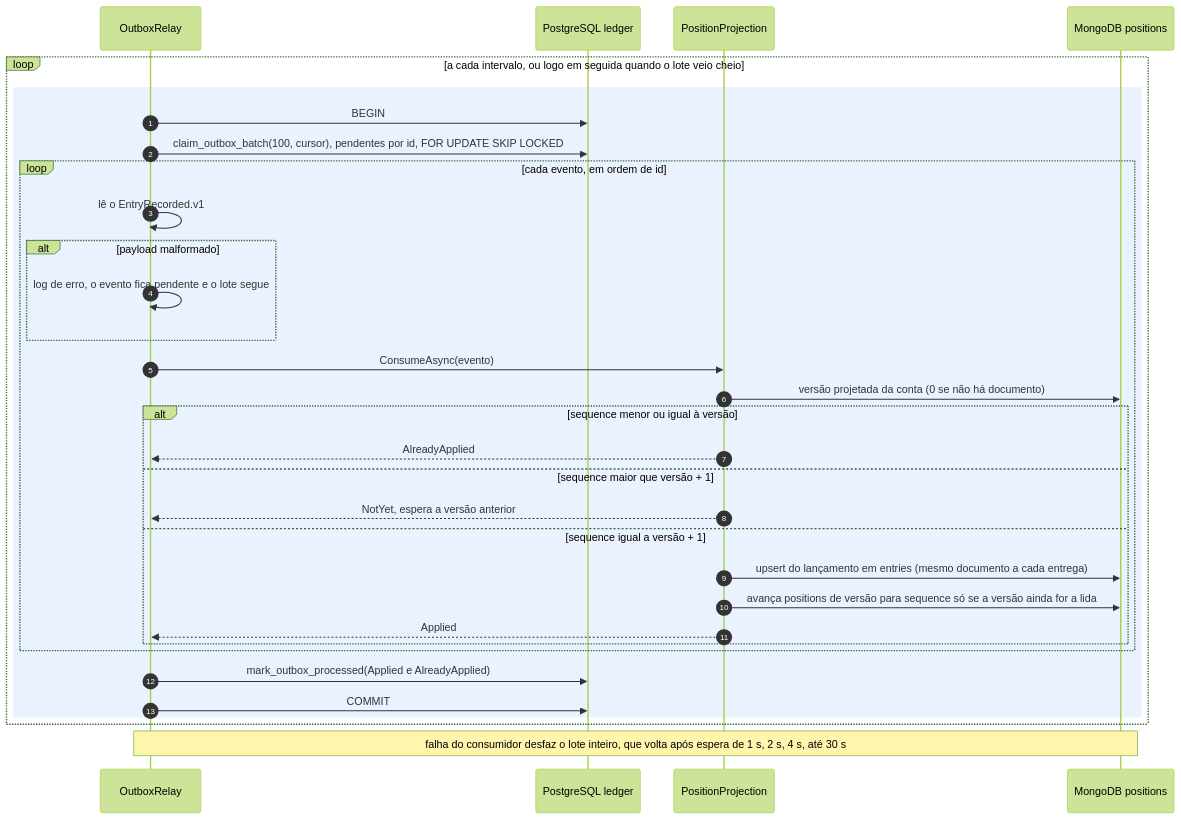
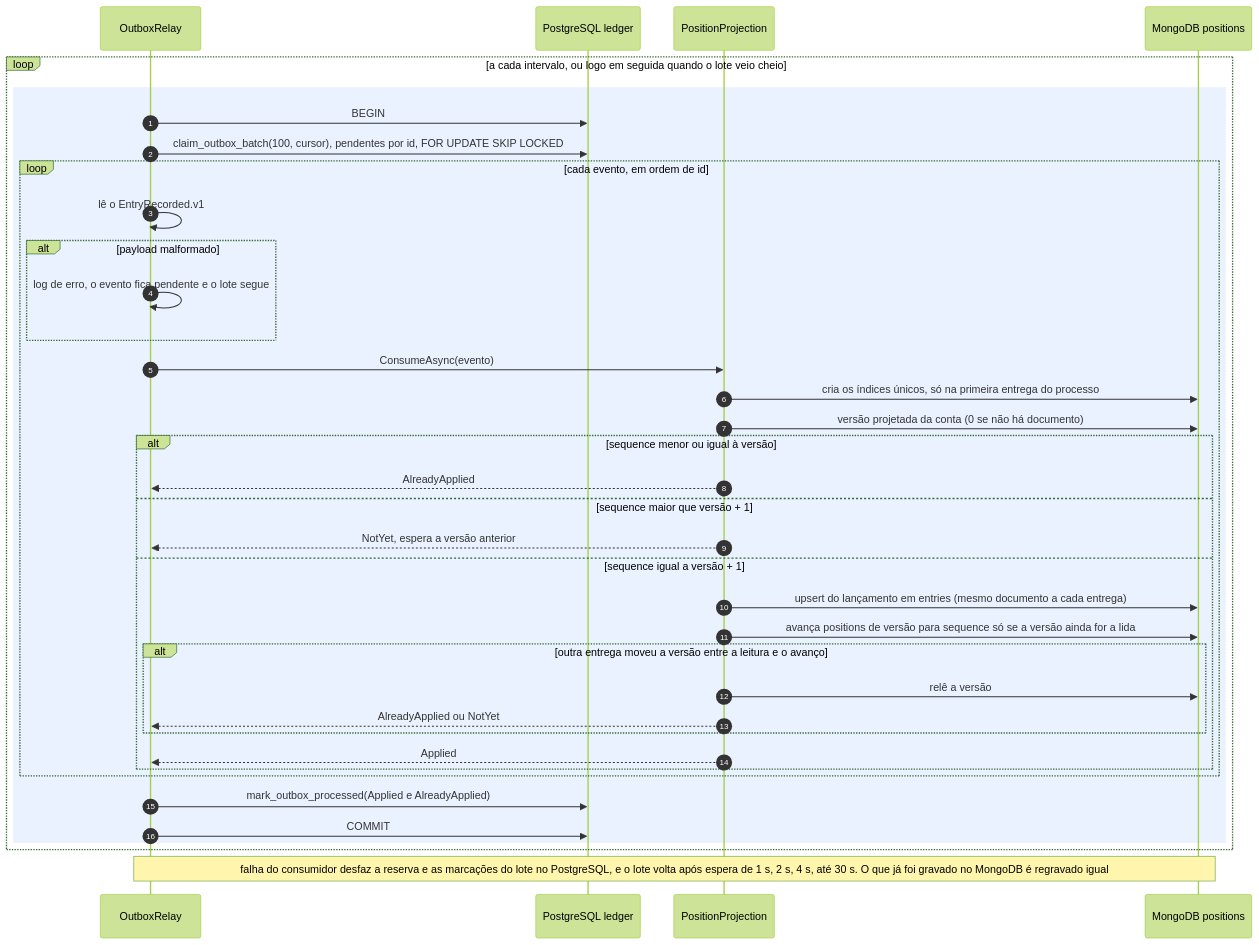
The fifth of 7 diagrams in docs/arquitetura/fluxos-ledger.md (arthuurw/desafio-arquiteto-keyrus), drawn with Mermaid (forest theme) before and after one commit. The commit also changed other lines of this file and 3 other files, not shown here.

First line of the commit message:
docs(fluxos): match the flow diagrams to the code at HEAD

````diff
--- a/docs/arquitetura/fluxos-ledger.md
+++ b/docs/arquitetura/fluxos-ledger.md
@@ -183,35 +219,40 @@
 ```mermaid
 sequenceDiagram
   autonumber
   participant R as OutboxRelay
   participant DB as PostgreSQL ledger
   participant P as PositionProjection
   participant M as MongoDB positions
 
   loop a cada intervalo, ou logo em seguida quando o lote veio cheio
     rect rgba(80, 140, 255, 0.12)
       R->>DB: BEGIN
       R->>DB: claim_outbox_batch(100, cursor), pendentes por id, FOR UPDATE SKIP LOCKED
       loop cada evento, em ordem de id
         R->>R: lê o EntryRecorded.v1
         alt payload malformado
           R->>R: log de erro, o evento fica pendente e o lote segue
         end
         R->>P: ConsumeAsync(evento)
+        P->>M: cria os índices únicos, só na primeira entrega do processo
         P->>M: versão projetada da conta (0 se não há documento)
         alt sequence menor ou igual à versão
           P-->>R: AlreadyApplied
         else sequence maior que versão + 1
           P-->>R: NotYet, espera a versão anterior
         else sequence igual a versão + 1
           P->>M: upsert do lançamento em entries (mesmo documento a cada entrega)
           P->>M: avança positions de versão para sequence só se a versão ainda for a lida
+          alt outra entrega moveu a versão entre a leitura e o avanço
+            P->>M: relê a versão
+            P-->>R: AlreadyApplied ou NotYet
+          end
           P-->>R: Applied
         end
       end
       R->>DB: mark_outbox_processed(Applied e AlreadyApplied)
       R->>DB: COMMIT
     end
   end
-  Note over R,M: falha do consumidor desfaz o lote inteiro, que volta após espera de 1 s, 2 s, 4 s, até 30 s
+  Note over R,M: falha do consumidor desfaz a reserva e as marcações do lote no PostgreSQL, e o lote volta após espera de 1 s, 2 s, 4 s, até 30 s. O que já foi gravado no MongoDB é regravado igual
 ```
````
